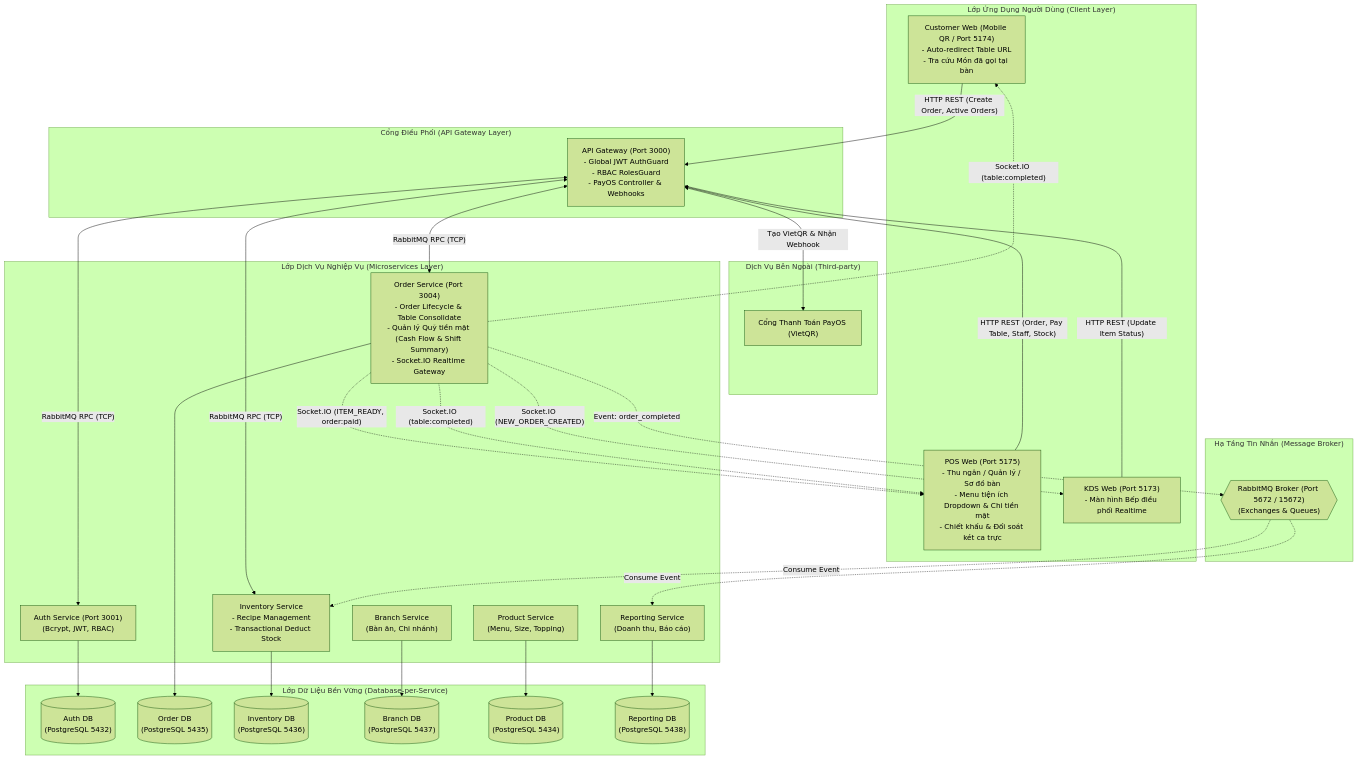
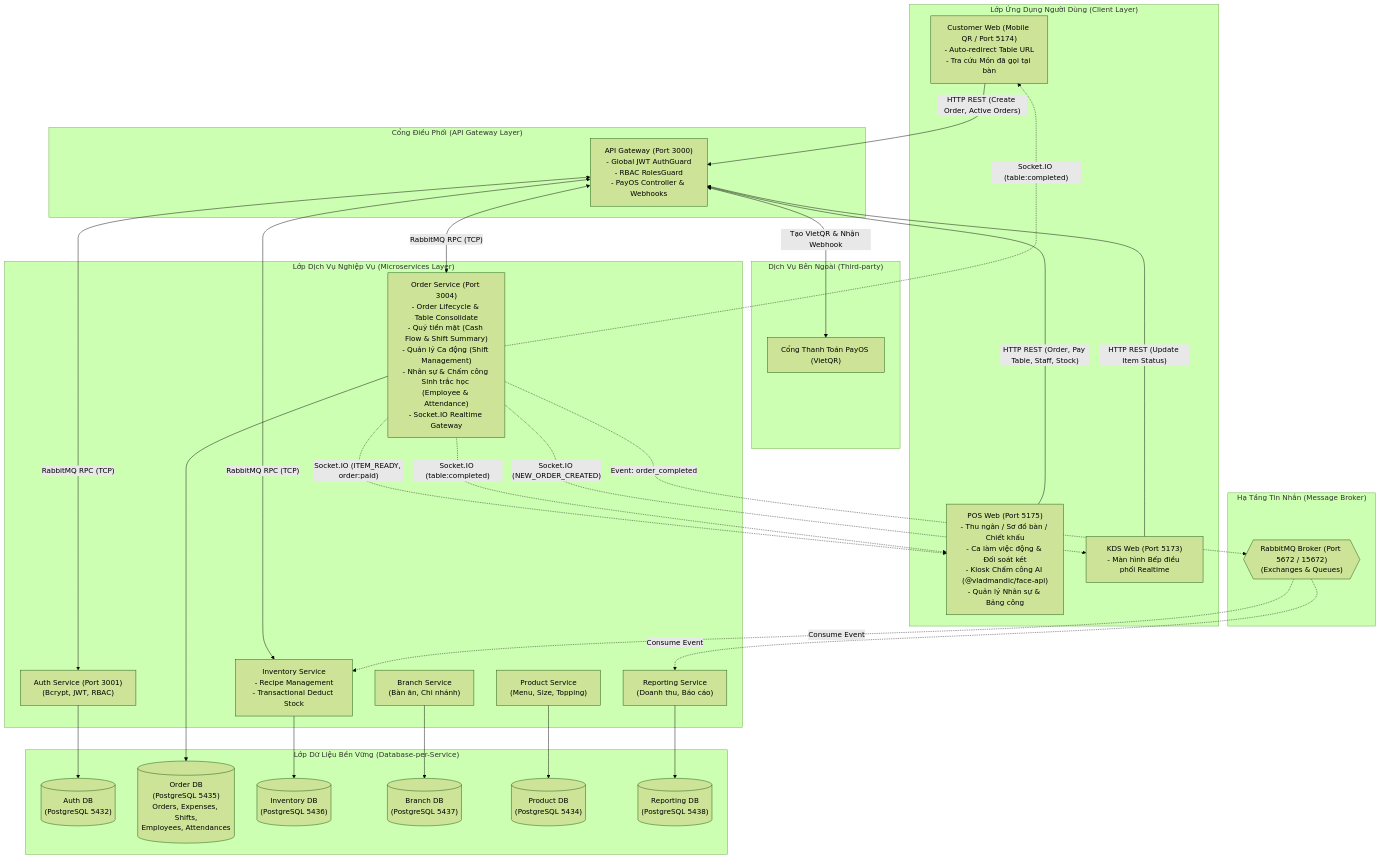
Before and after one commit to pnwang1704/KLTN_N70: the first of 3 diagrams in docs/ARCHITECTURE.md, drawn with Mermaid (forest theme). The commit also changed other lines of this file and 5 other files, not shown here.

First line of the commit message:
docs: synchronize README and technical documentation with employee & biometric attendance module

````diff
--- a/docs/ARCHITECTURE.md
+++ b/docs/ARCHITECTURE.md
@@ -9,76 +9,76 @@
 ```mermaid
 graph TB
     %% Client Layer
     subgraph Clients ["Lớp Ứng Dụng Người Dùng (Client Layer)"]
         CW["Customer Web (Mobile QR / Port 5174)<br/>- Auto-redirect Table URL<br/>- Tra cứu Món đã gọi tại bàn"]
-        POS["POS Web (Port 5175)<br/>- Thu ngân / Quản lý / Sơ đồ bàn<br/>- Menu tiện ích Dropdown & Chi tiền mặt<br/>- Chiết khấu & Đối soát két ca trực"]
+        POS["POS Web (Port 5175)<br/>- Thu ngân / Sơ đồ bàn / Chiết khấu<br/>- Ca làm việc động & Đối soát két<br/>- Kiosk Chấm công AI (@vladmandic/face-api)<br/>- Quản lý Nhân sự & Bảng công"]
         KDS["KDS Web (Port 5173)<br/>- Màn hình Bếp điều phối Realtime"]
     end
 
     %% External Services
     subgraph External ["Dịch Vụ Bên Ngoài (Third-party)"]
         PayOS["Cổng Thanh Toán PayOS (VietQR)"]
     end
 
     %% API Gateway Layer
     subgraph Gateway ["Cổng Điều Phối (API Gateway Layer)"]
         GW["API Gateway (Port 3000)<br/>- Global JWT AuthGuard<br/>- RBAC RolesGuard<br/>- PayOS Controller & Webhooks"]
     end
 
     %% Message Broker
     subgraph Broker ["Hạ Tầng Tin Nhắn (Message Broker)"]
         RMQ{{"RabbitMQ Broker (Port 5672 / 15672)<br/>(Exchanges & Queues)"}}
     end
 
     %% Microservices Layer
     subgraph Services ["Lớp Dịch Vụ Nghiệp Vụ (Microservices Layer)"]
         AS["Auth Service (Port 3001)<br/>(Bcrypt, JWT, RBAC)"]
-        OS["Order Service (Port 3004)<br/>- Order Lifecycle & Table Consolidate<br/>- Quản lý Quỹ tiền mặt (Cash Flow & Shift Summary)<br/>- Socket.IO Realtime Gateway"]
+        OS["Order Service (Port 3004)<br/>- Order Lifecycle & Table Consolidate<br/>- Quỹ tiền mặt (Cash Flow & Shift Summary)<br/>- Quản lý Ca động (Shift Management)<br/>- Nhân sự & Chấm công Sinh trắc học (Employee & Attendance)<br/>- Socket.IO Realtime Gateway"]
         IS["Inventory Service<br/>- Recipe Management<br/>- Transactional Deduct Stock"]
         BS["Branch Service<br/>(Bàn ăn, Chi nhánh)"]
         PS["Product Service<br/>(Menu, Size, Topping)"]
         RS["Reporting Service<br/>(Doanh thu, Báo cáo)"]
     end
 
     %% Database Layer
     subgraph Databases ["Lớp Dữ Liệu Bền Vững (Database-per-Service)"]
         DB1[("Auth DB<br/>(PostgreSQL 5432)")]
-        DB2[("Order DB<br/>(PostgreSQL 5435)")]
+        DB2[("Order DB<br/>(PostgreSQL 5435)<br/>Orders, Expenses, Shifts,<br/>Employees, Attendances")]
         DB3[("Inventory DB<br/>(PostgreSQL 5436)")]
         DB4[("Branch DB<br/>(PostgreSQL 5437)")]
         DB5[("Product DB<br/>(PostgreSQL 5434)")]
         DB6[("Reporting DB<br/>(PostgreSQL 5438)")]
     end
 
     %% Client Interactions
     CW -->|"HTTP REST (Create Order, Active Orders)"| GW
     POS -->|"HTTP REST (Order, Pay Table, Staff, Stock)"| GW
     KDS -->|"HTTP REST (Update Item Status)"| GW
 
     %% Realtime WebSocket
     OS -.->|"Socket.IO (NEW_ORDER_CREATED)"| KDS
     OS -.->|"Socket.IO (ITEM_READY, order:paid)"| POS
     OS -.->|"Socket.IO (table:completed)"| CW
     OS -.->|"Socket.IO (table:completed)"| POS
 
     %% External PayOS Integration
     GW <-->|"Tạo VietQR & Nhận Webhook"| PayOS
 
     %% Gateway to Microservices (RPC via RabbitMQ)
     GW <-->|"RabbitMQ RPC (TCP)"| AS
     GW <-->|"RabbitMQ RPC (TCP)"| OS
     GW <-->|"RabbitMQ RPC (TCP)"| IS
 
     %% Event Pub/Sub
     OS -.->|"Event: order_completed"| RMQ
     RMQ -.->|"Consume Event"| IS
     RMQ -.->|"Consume Event"| RS
 
     %% Database Connections
     AS --> DB1
     OS --> DB2
     IS --> DB3
     BS --> DB4
     PS --> DB5
     RS --> DB6
 ```
````
